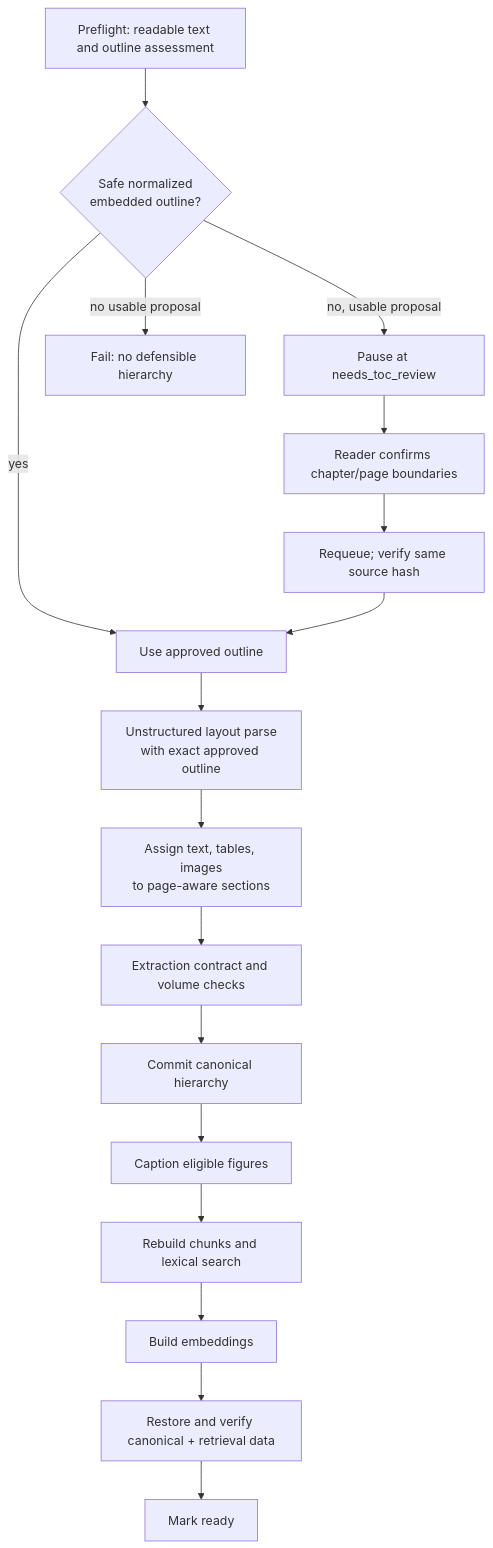
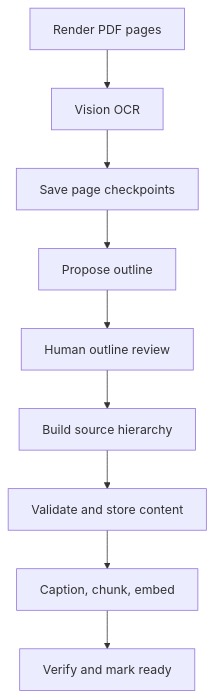
One commit to rabhishek100/agentic_study_partner changed the third of 7 diagrams in docs/ingestion.md. Above: the diagram before and after it, drawn with Mermaid. The commit also changed other lines of this file and 9 other files, not shown here.

Commit message:
Consolidate concise feature and architecture documentation

````diff
--- a/docs/ingestion.md
+++ b/docs/ingestion.md
@@ -37,19 +51,11 @@
 ```mermaid
 flowchart TD
-    A[Preflight: readable text and outline assessment] --> B{Safe normalized<br/>embedded outline?}
-    B -->|yes| P[Use approved outline]
-    B -->|no, usable proposal| R[Pause at needs_toc_review]
-    R --> U[Reader confirms chapter/page boundaries]
-    U --> V[Requeue; verify same source hash]
-    V --> P
-    B -->|no usable proposal| X[Fail: no defensible hierarchy]
-    P --> E[Unstructured layout parse<br/>with exact approved outline]
-    E --> F[Assign text, tables, images<br/>to page-aware sections]
-    F --> G[Extraction contract and volume checks]
-    G --> H[Commit canonical hierarchy]
-    H --> I[Caption eligible figures]
-    I --> J[Rebuild chunks and lexical search]
-    J --> K[Build embeddings]
-    K --> L[Restore and verify canonical + retrieval data]
-    L --> M[Mark ready]
+    P[Render PDF pages] --> O[Vision OCR]
+    O --> C[Save page checkpoints]
+    C --> T[Propose outline]
+    T --> H[Human outline review]
+    H --> B[Build source hierarchy]
+    B --> V[Validate and store content]
+    V --> I[Caption, chunk, embed]
+    I --> R[Verify and mark ready]
 ```
````
